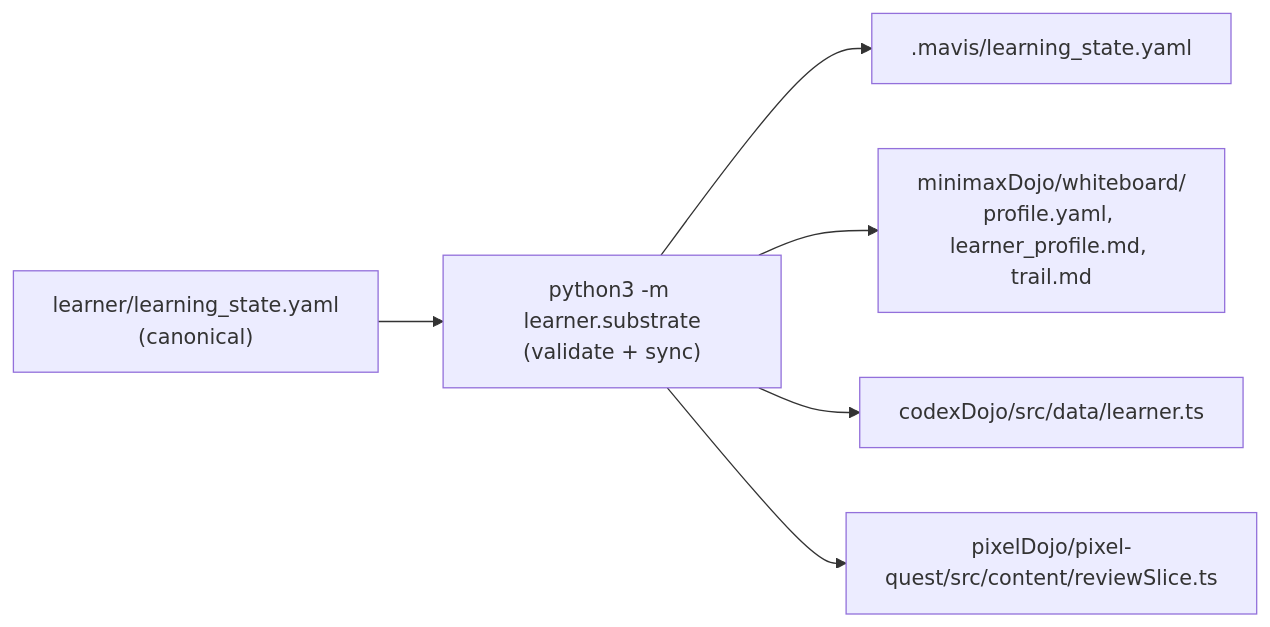
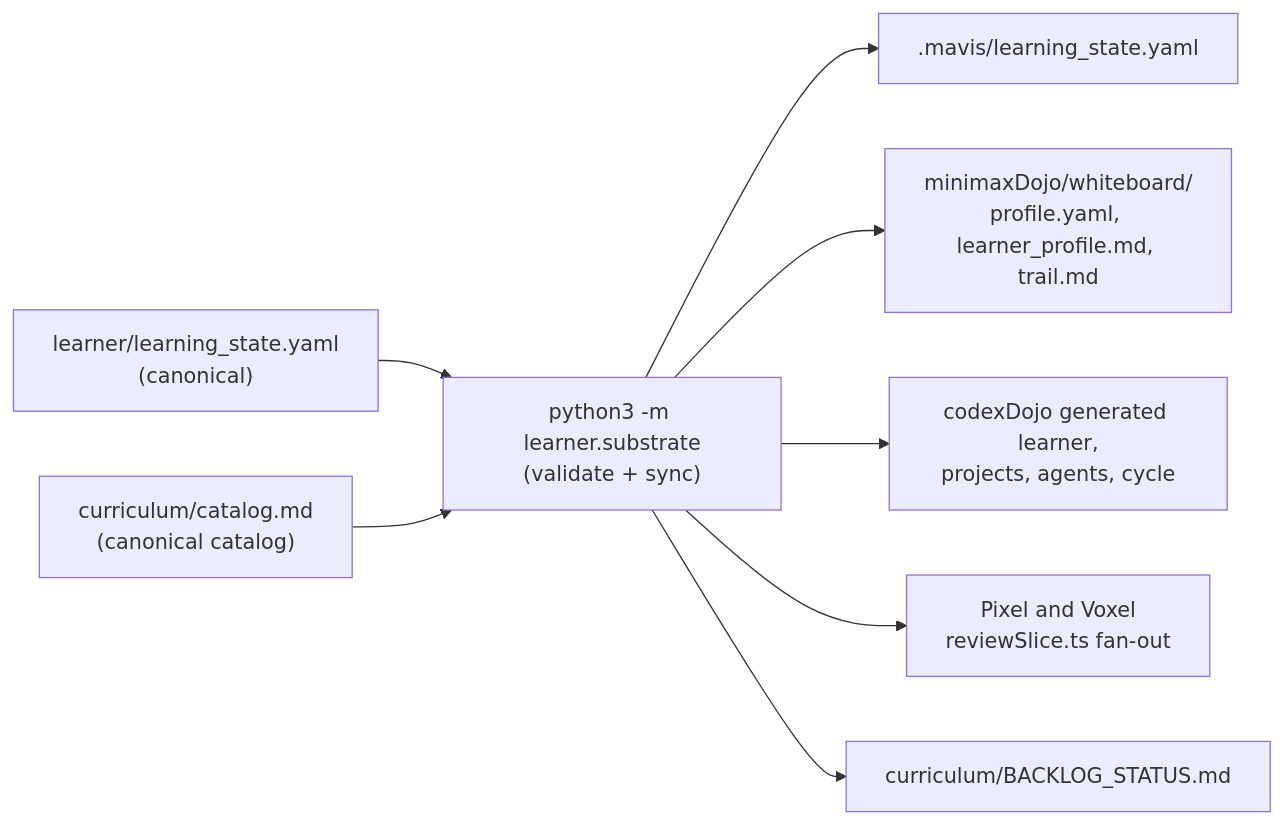
Before and after one commit to dandpb/aidevschool: the fourth of 4 diagrams in docs/handbook/01_architecture.md, drawn with Mermaid. The commit also changed other lines of this file and 274 other files, not shown here.

First line of the commit message:
refactor: consolidate substrate projections, gate hardening, and voxelDojo shared harness

````diff
--- a/docs/handbook/01_architecture.md
+++ b/docs/handbook/01_architecture.md
@@ -182,10 +180,12 @@
 ```mermaid
 flowchart LR
     canon["learner/learning_state.yaml<br/>(canonical)"]
     sub["python3 -m learner.substrate<br/>(validate + sync)"]
     canon --> sub
     sub --> mavis[".mavis/learning_state.yaml"]
     sub --> wb["minimaxDojo/whiteboard/<br/>profile.yaml, learner_profile.md, trail.md"]
-    sub --> ts["codexDojo/src/data/learner.ts"]
-    sub --> rs["pixelDojo/pixel-quest/src/content/reviewSlice.ts"]
+    sub --> ts["codexDojo generated learner,<br/>projects, agents, cycle"]
+    sub --> rs["Pixel and Voxel<br/>reviewSlice.ts fan-out"]
+    catalog["curriculum/catalog.md<br/>(canonical catalog)"] --> sub
+    sub --> backlog["curriculum/BACKLOG_STATUS.md"]
 ```
````
